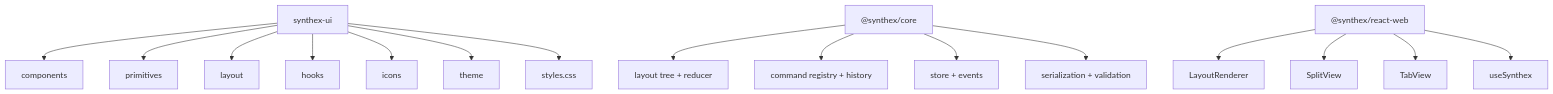
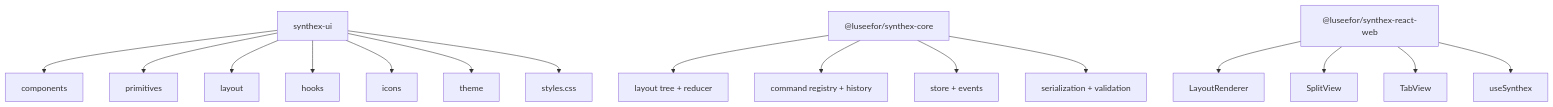
One commit to Luseefor/synthex-ui changed the second of 11 diagrams in docs/mermaid-architecture.md. Above: the diagram before and after it, drawn with Mermaid. The commit also changed other lines of this file and 35 other files, not shown here.

````diff
--- a/docs/mermaid-architecture.md
+++ b/docs/mermaid-architecture.md
@@ -24,20 +24,20 @@
 ```mermaid
 flowchart TD
   UI["synthex-ui"] --> UIComp["components"]
   UI --> UIPrim["primitives"]
   UI --> UILayout["layout"]
   UI --> UIHooks["hooks"]
   UI --> UIIcons["icons"]
   UI --> UITheme["theme"]
   UI --> UICSS["styles.css"]
 
-  Core["@synthex/core"] --> Layout["layout tree + reducer"]
+  Core["@luseefor/synthex-core"] --> Layout["layout tree + reducer"]
   Core --> Commands["command registry + history"]
   Core --> Store["store + events"]
   Core --> Serialize["serialization + validation"]
 
-  ReactWeb["@synthex/react-web"] --> Renderer["LayoutRenderer"]
+  ReactWeb["@luseefor/synthex-react-web"] --> Renderer["LayoutRenderer"]
   ReactWeb --> Split["SplitView"]
   ReactWeb --> Tabs["TabView"]
   ReactWeb --> Hook["useSynthex"]
 ```
````
